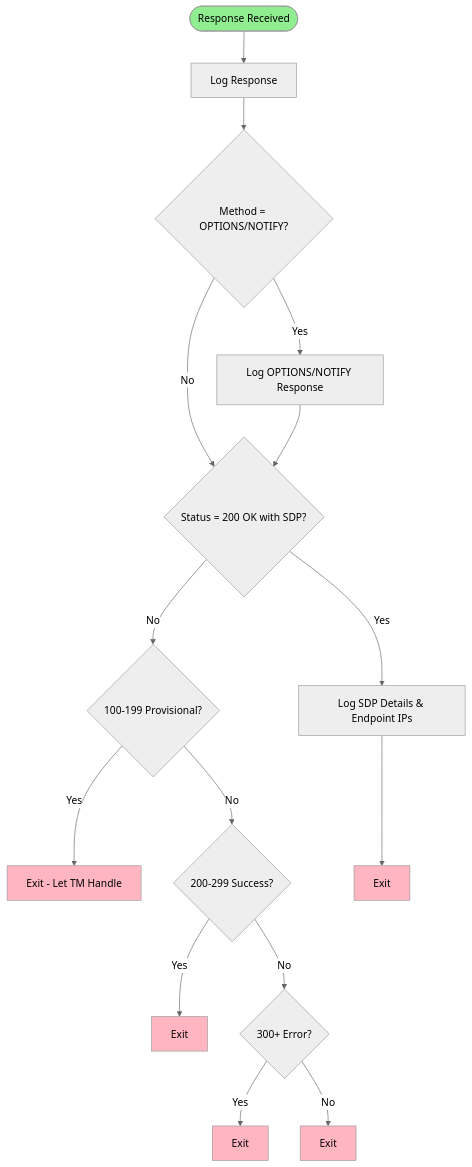
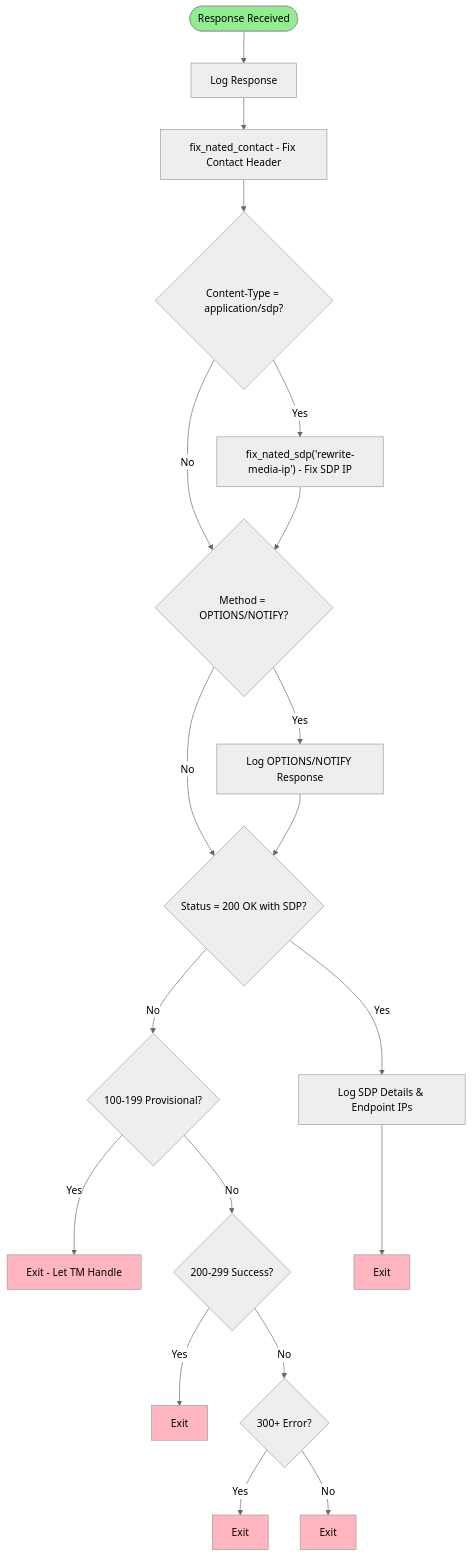
One commit to aelintra/pbx3sbc changed the ninth of 13 diagrams in docs/OPENSIPS-LOGIC-DIAGRAM.md. Above: the diagram before and after it, drawn with Mermaid (neutral theme). The commit also changed other lines of this file and 1 other file, not shown here.

First line of the commit message:
Update documentation: repurpose Kamailio docs and update logic diagrams

````diff
--- a/docs/OPENSIPS-LOGIC-DIAGRAM.md
+++ b/docs/OPENSIPS-LOGIC-DIAGRAM.md
@@ -259,24 +284,28 @@
 ```mermaid
 flowchart TD
     Start([Response Received]) --> LogResponse[Log Response]
-    LogResponse --> CheckOptNotify{"Method = OPTIONS/NOTIFY?"}
+    LogResponse --> FixNATContact[fix_nated_contact - Fix Contact Header]
+    FixNATContact --> CheckSDP{Content-Type = application/sdp?}
+    CheckSDP -->|Yes| FixNATSDP["fix_nated_sdp('rewrite-media-ip') - Fix SDP IP"]
+    CheckSDP -->|No| CheckOptNotify{"Method = OPTIONS/NOTIFY?"}
+    FixNATSDP --> CheckOptNotify
     CheckOptNotify -->|Yes| LogOptNotify[Log OPTIONS/NOTIFY Response]
     CheckOptNotify -->|No| Check200{"Status = 200 OK with SDP?"}
     LogOptNotify --> Check200
     Check200 -->|Yes| LogSDP[Log SDP Details & Endpoint IPs]
     Check200 -->|No| CheckProvisional{100-199 Provisional?}
     CheckProvisional -->|Yes| Exit1[Exit - Let TM Handle]
     CheckProvisional -->|No| CheckSuccess{200-299 Success?}
     CheckSuccess -->|Yes| Exit2[Exit]
     CheckSuccess -->|No| CheckError{300+ Error?}
     CheckError -->|Yes| Exit3[Exit]
     CheckError -->|No| Exit4[Exit]
     LogSDP --> Exit5[Exit]
     
     style Start fill:#90EE90
     style Exit1 fill:#FFB6C1
     style Exit2 fill:#FFB6C1
     style Exit3 fill:#FFB6C1
     style Exit4 fill:#FFB6C1
     style Exit5 fill:#FFB6C1
 ```
````
